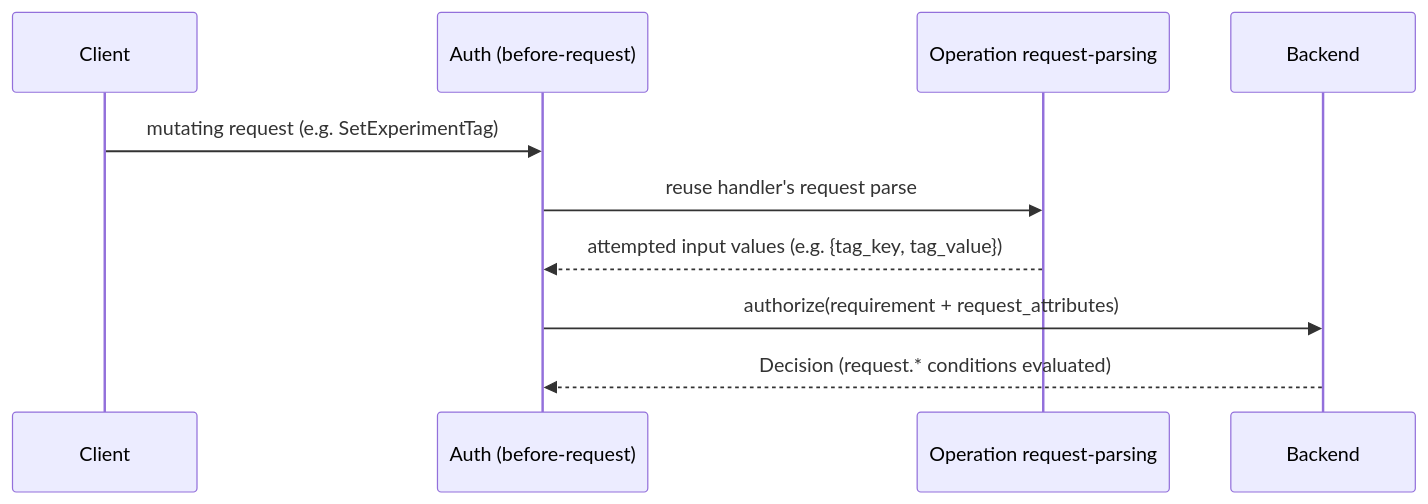
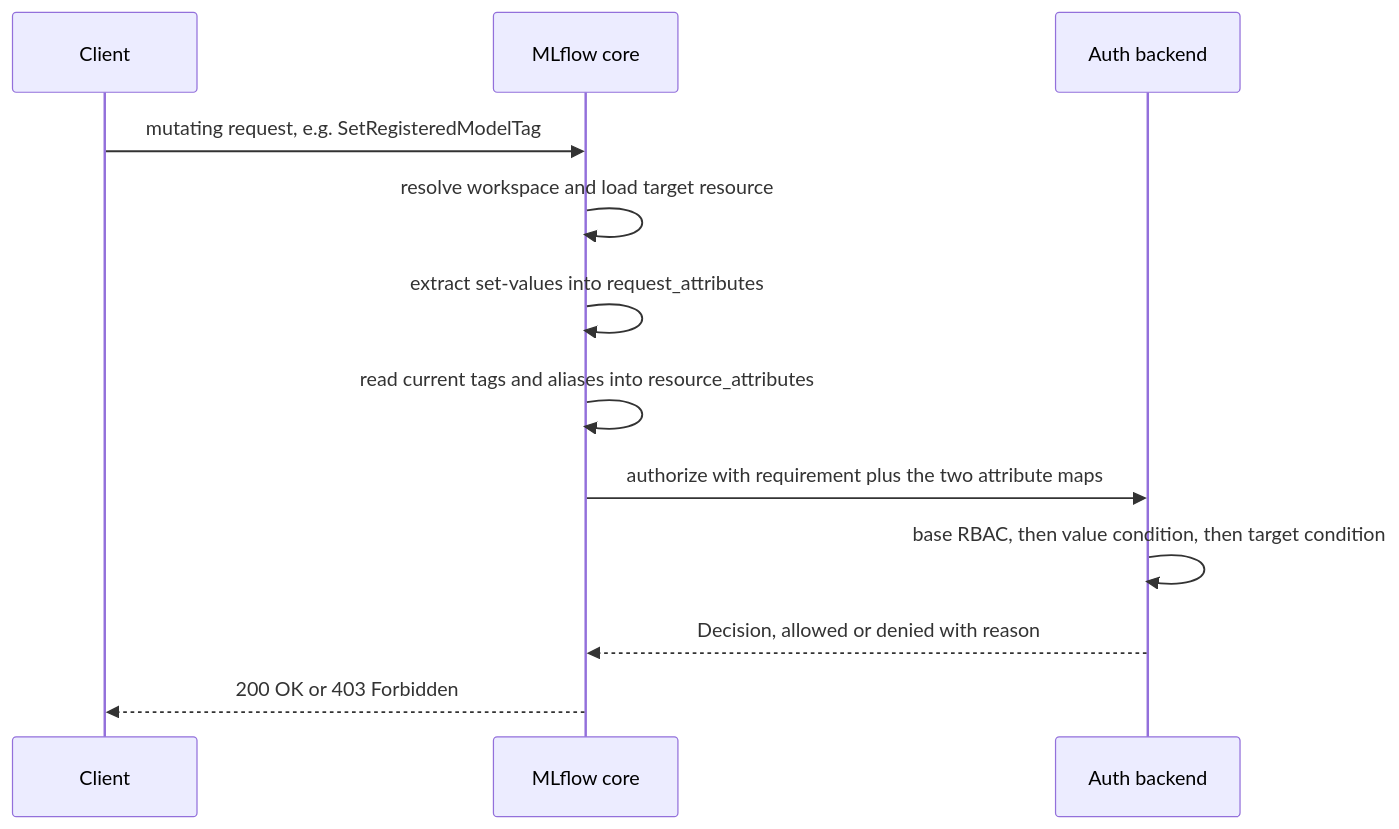
The third of 3 diagrams in rfcs/0000-condition-based-access-control/0000-condition-based-access-control.md (mlflow/rfcs), drawn with Mermaid before and after one commit. The commit also changed other lines of this file, not shown here.

````diff
--- a/rfcs/0000-condition-based-access-control/0000-condition-based-access-control.md
+++ b/rfcs/0000-condition-based-access-control/0000-condition-based-access-control.md
@@ -582,13 +337,15 @@
 ```mermaid
 sequenceDiagram
     participant Client
-    participant Auth as Auth (before-request)
-    participant Parse as Operation request-parsing
-    participant Backend
+    participant Core as MLflow core
+    participant Backend as Auth backend
 
-    Client->>Auth: mutating request (e.g. SetExperimentTag)
-    Auth->>Parse: reuse handler's request parse
-    Parse-->>Auth: attempted input values (e.g. {tag_key, tag_value})
-    Auth->>Backend: authorize(requirement + request_attributes)
-    Backend-->>Auth: Decision (request.* conditions evaluated)
+    Client->>Core: mutating request, e.g. SetRegisteredModelTag
+    Core->>Core: resolve workspace and load target resource
+    Core->>Core: extract set-values into request_attributes
+    Core->>Core: read current tags and aliases into resource_attributes
+    Core->>Backend: authorize with requirement plus the two attribute maps
+    Backend->>Backend: base RBAC, then value condition, then target condition
+    Backend-->>Core: Decision, allowed or denied with reason
+    Core-->>Client: 200 OK or 403 Forbidden
 ```
````
